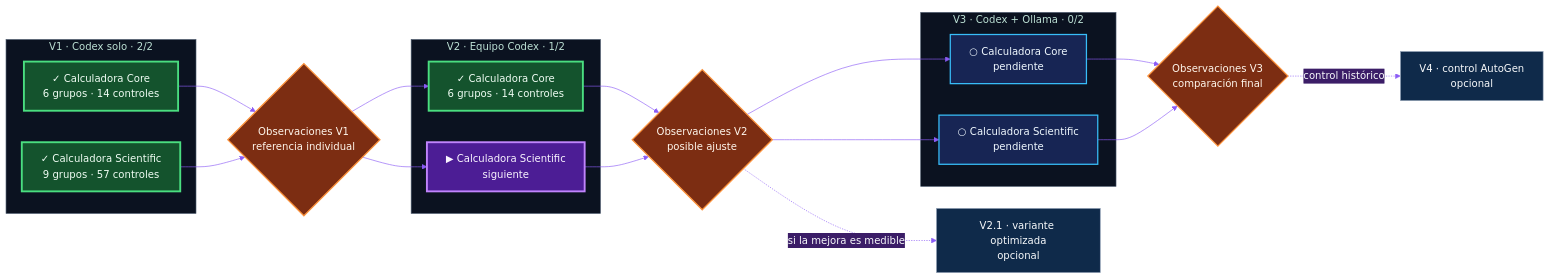
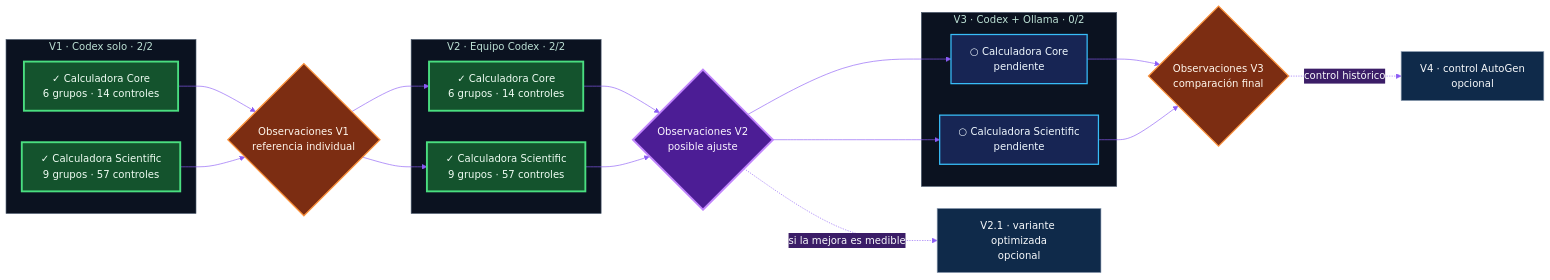
The diagram in README.es.md (ERICRAC/AgentBench-2026), drawn with Mermaid before and after one commit. The commit also changed other lines of this file and 18 other files, not shown here.

````diff
--- a/README.es.md
+++ b/README.es.md
@@ -38,44 +38,44 @@
 ```mermaid
 %%{init: {"theme": "base", "themeVariables": {
   "primaryColor": "#0f2a4a", "primaryTextColor": "#f8fafc",
   "primaryBorderColor": "#22d3ee", "secondaryColor": "#3b1d67",
   "tertiaryColor": "#431f2b", "fontFamily": "system-ui",
   "lineColor": "#8b5cf6", "clusterBkg": "#0b1220",
   "clusterBorder": "#475569"
 }}}%%
 flowchart LR
     subgraph V1["V1 · Codex solo · 2/2"]
       V1C["✓ Calculadora Core<br/>6 grupos · 14 controles"]
       V1S["✓ Calculadora Scientific<br/>9 grupos · 57 controles"]
     end
     G1{"Observaciones V1<br/>referencia individual"}
-    subgraph V2["V2 · Equipo Codex · 1/2"]
+    subgraph V2["V2 · Equipo Codex · 2/2"]
       V2C["✓ Calculadora Core<br/>6 grupos · 14 controles"]
-      V2S["▶ Calculadora Scientific<br/>siguiente"]
+      V2S["✓ Calculadora Scientific<br/>9 grupos · 57 controles"]
     end
     G2{"Observaciones V2<br/>posible ajuste"}
     V21["V2.1 · variante optimizada<br/>opcional"]
     subgraph V3["V3 · Codex + Ollama · 0/2"]
       V3C["○ Calculadora Core<br/>pendiente"]
       V3S["○ Calculadora Scientific<br/>pendiente"]
     end
     G3{"Observaciones V3<br/>comparación final"}
     V4["V4 · control AutoGen<br/>opcional"]
     V1C & V1S --> G1
     G1 --> V2C & V2S
     V2C & V2S --> G2
     G2 -. "si la mejora es medible" .-> V21
     G2 --> V3C & V3S
     V3C & V3S --> G3
     G3 -. "control histórico" .-> V4
     classDef done fill:#14532d,stroke:#4ade80,color:#f0fdf4,stroke-width:3px;
     classDef next fill:#4c1d95,stroke:#c084fc,color:#faf5ff,stroke-width:3px;
     classDef todo fill:#172554,stroke:#38bdf8,color:#f0f9ff,stroke-width:2px;
     classDef gate fill:#7c2d12,stroke:#fb923c,color:#fff7ed,stroke-width:2px;
     classDef optional fill:#0f2a4a,stroke:#94a3b8,color:#f8fafc;
-    class V1C,V1S,V2C done;
-    class V2S next;
+    class V1C,V1S,V2C,V2S done;
     class V3C,V3S todo;
-    class G1,G2,G3 gate;
+    class G1,G3 gate;
+    class G2 next;
     class V21,V4 optional;
 ```
````
